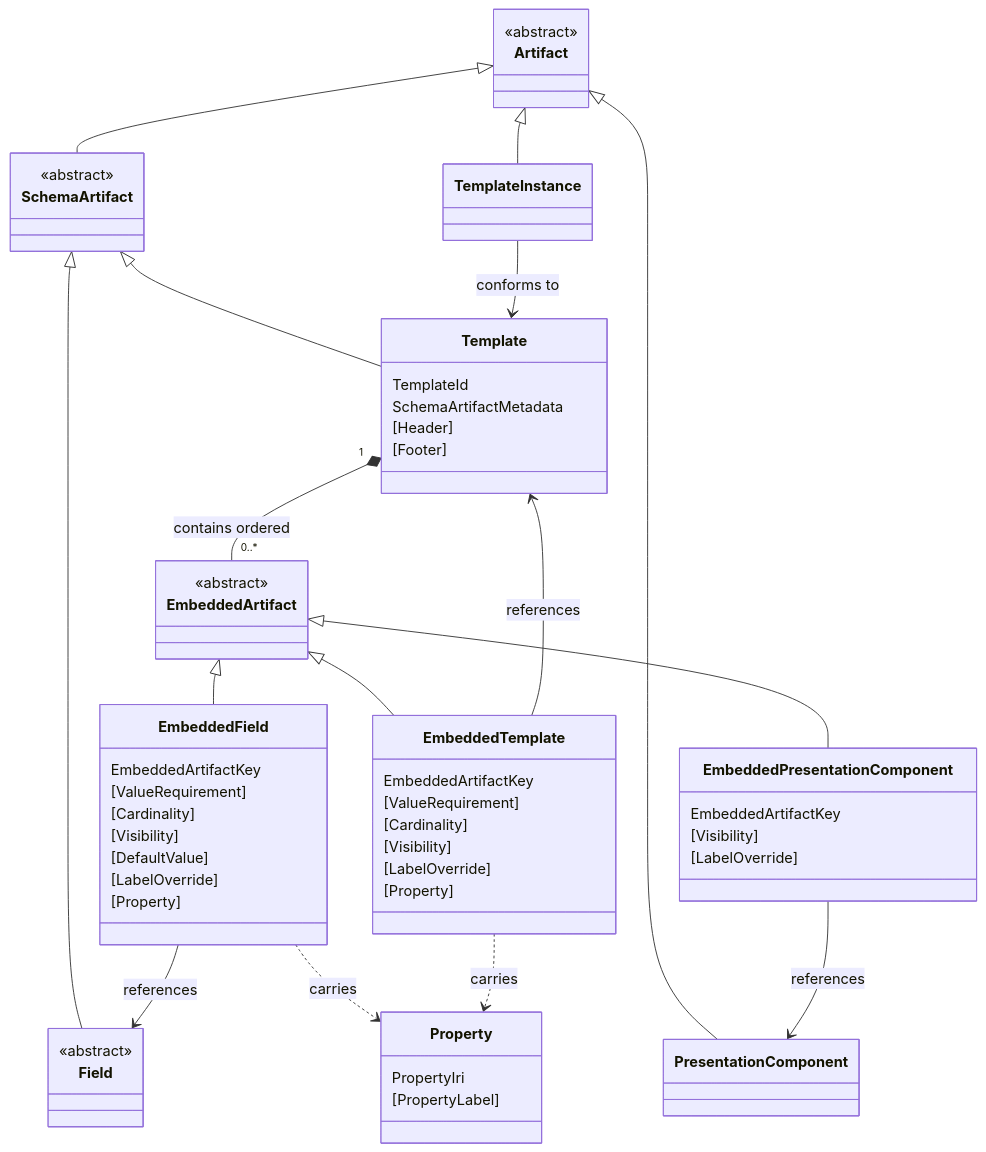
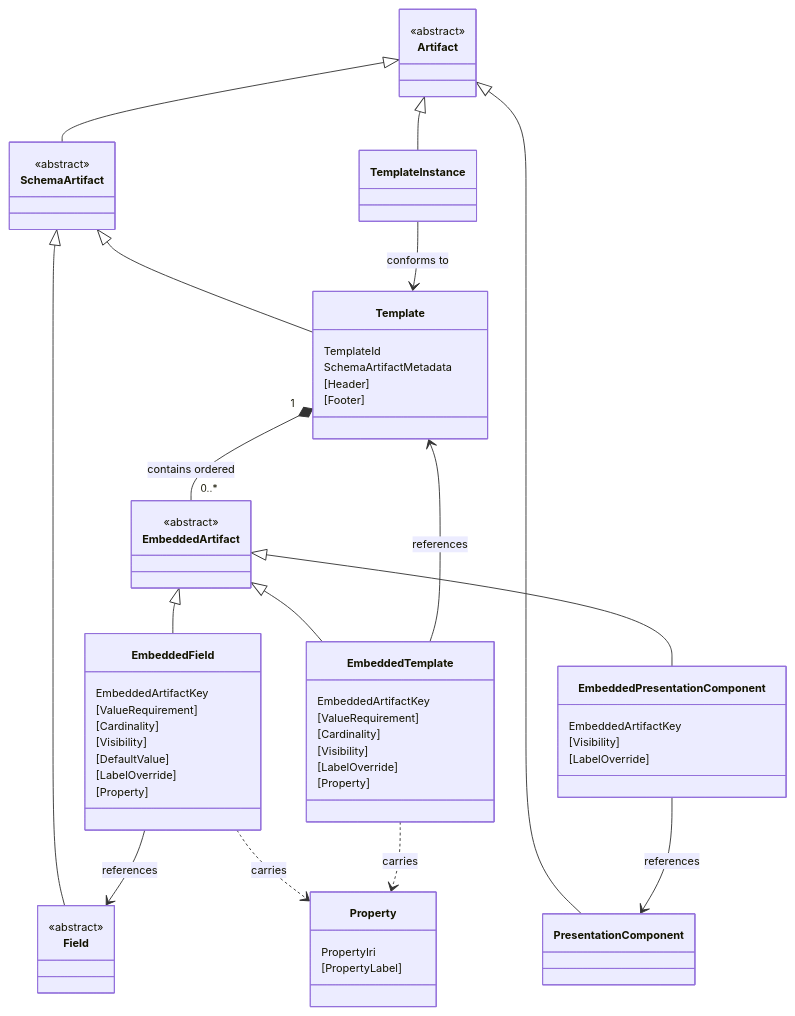
Before and after one commit to metadatacenter/cedar-structural-spec: the diagram in spec/grammar.md, drawn with Mermaid.

Commit message:
Reduce font size in kernel grammar diagram

````diff
--- a/spec/grammar.md
+++ b/spec/grammar.md
@@ -101,72 +101,73 @@
 ```mermaid
+%%{init: {'themeVariables': {'fontSize': '12px'}}}%%
 classDiagram
   class Artifact {
     <<abstract>>
   }
   class SchemaArtifact {
     <<abstract>>
   }
   class Field {
     <<abstract>>
   }
   class Template {
     TemplateId
     SchemaArtifactMetadata
     [Header]
     [Footer]
   }
   class PresentationComponent
   class TemplateInstance
 
   class EmbeddedArtifact {
     <<abstract>>
   }
   class EmbeddedField {
     EmbeddedArtifactKey
     [ValueRequirement]
     [Cardinality]
     [Visibility]
     [DefaultValue]
     [LabelOverride]
     [Property]
   }
   class EmbeddedTemplate {
     EmbeddedArtifactKey
     [ValueRequirement]
     [Cardinality]
     [Visibility]
     [LabelOverride]
     [Property]
   }
   class EmbeddedPresentationComponent {
     EmbeddedArtifactKey
     [Visibility]
     [LabelOverride]
   }
   class Property {
     PropertyIri
     [PropertyLabel]
   }
 
   Artifact <|-- SchemaArtifact
   Artifact <|-- PresentationComponent
   Artifact <|-- TemplateInstance
 
   SchemaArtifact <|-- Field
   SchemaArtifact <|-- Template
 
   Template "1" *-- "0..*" EmbeddedArtifact : contains ordered
 
   EmbeddedArtifact <|-- EmbeddedField
   EmbeddedArtifact <|-- EmbeddedTemplate
   EmbeddedArtifact <|-- EmbeddedPresentationComponent
 
   EmbeddedField --> Field : references
   EmbeddedTemplate --> Template : references
   EmbeddedPresentationComponent --> PresentationComponent : references
 
   EmbeddedField ..> Property : carries
   EmbeddedTemplate ..> Property : carries
 
   TemplateInstance --> Template : conforms to
 ```
````
